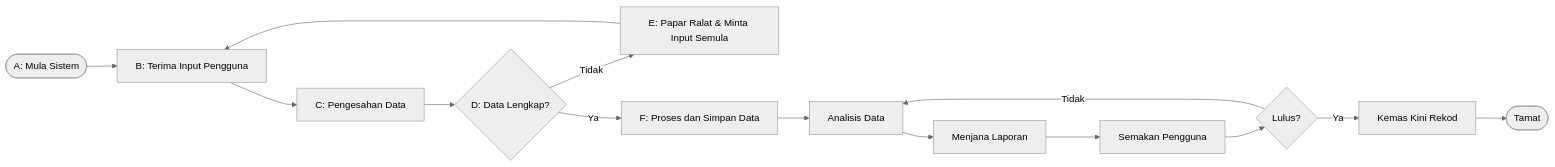
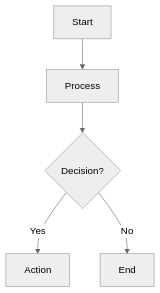
The diagram in latihan/id/a219577-spec/readme.md (drshahizan/learn-github), drawn with Mermaid (neutral theme) before and after one commit.

````diff
--- a/latihan/id/a219577-spec/readme.md
+++ b/latihan/id/a219577-spec/readme.md
@@ -13,22 +13,7 @@
 ```mermaid
-flowchart LR
-    A([A: Mula Sistem])
-    B[B: Terima Input Pengguna]
-    C[C: Pengesahan Data]
-    D{D: Data Lengkap?}
-    E[E: Papar Ralat & Minta Input Semula]
-    F[F: Proses dan Simpan Data]
-
-    G[Analisis Data]
-    H[Menjana Laporan]
-    I[Semakan Pengguna]
-    J{Lulus?}
-    K[Kemas Kini Rekod]
-    L([Tamat])
-
-    A --> B --> C --> D
-    D -->|Tidak| E --> B
-    D -->|Ya| F --> G --> H --> I --> J
-    J -->|Ya| K --> L
-    J -->|Tidak| G
+flowchart TD
+    A[Start] --> B[Process]
+    B --> C{Decision?}
+    C -->|Yes| D[Action]
+    C -->|No| E[End]
 ```
````
